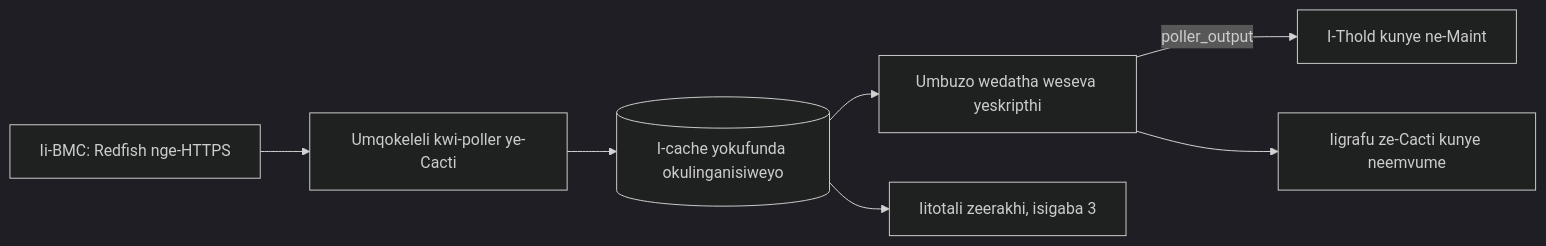
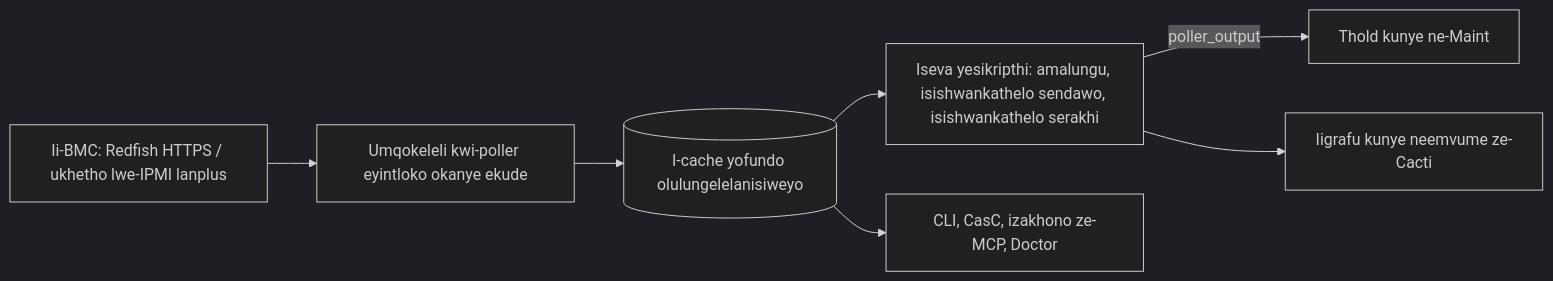
The diagram in docs/i18n/xh-ZA/README.md (somethingwithproof/plugin_redfish), drawn with Mermaid (dark theme) before and after one commit. The commit also changed other lines of this file and 47 other files, not shown here.

````diff
--- a/docs/i18n/xh-ZA/README.md
+++ b/docs/i18n/xh-ZA/README.md
@@ -100,9 +140,9 @@
 ```mermaid
 flowchart LR
-    BMC[Ii-BMC: Redfish nge-HTTPS] --> C[Umqokeleli kwi-poller ye-Cacti]
-    C --> CACHE[(I-cache yokufunda okulinganisiweyo)]
-    CACHE --> SS[Umbuzo wedatha weseva yeskripthi]
-    SS -->|poller_output| T[I-Thold kunye ne-Maint]
-    SS --> G[Iigrafu ze-Cacti kunye neemvume]
-    CACHE --> R[Iitotali zeerakhi, isigaba 3]
+    BMC["Ii-BMC: Redfish HTTPS / ukhetho lwe-IPMI lanplus"] --> C["Umqokeleli kwi-poller eyintloko okanye ekude"]
+    C --> CACHE[("I-cache yofundo olulungelelanisiweyo")]
+    CACHE --> SS["Iseva yesikripthi: amalungu, isishwankathelo sendawo, isishwankathelo serakhi"]
+    SS -->|poller_output| T["Thold kunye ne-Maint"]
+    SS --> G["Iigrafu kunye neemvume ze-Cacti"]
+    CACHE --> ECO["CLI, CasC, izakhono ze-MCP, Doctor"]
 ```
````
